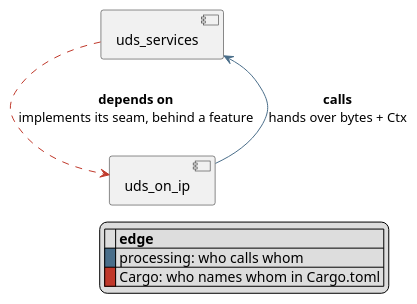
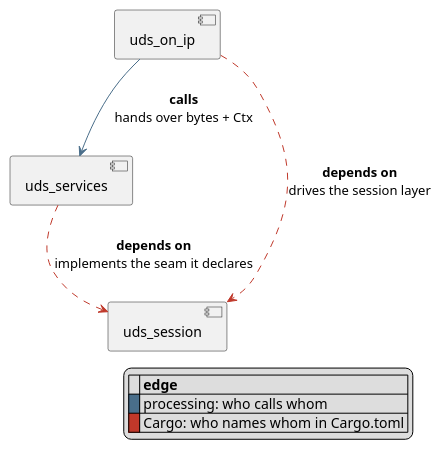
The third of 3 diagrams in crates/uds_services/docs/architecture/stack-position.rst (luminartech/uds_stack), drawn with PlantUML before and after one commit. The commit also changed other lines of this file and 2 other files, not shown here.

First line of the commit message:
docs: move the seams to uds_session and drop the binding dependency

```diff
--- a/crates/uds_services/docs/architecture/stack-position.rst
+++ b/crates/uds_services/docs/architecture/stack-position.rst
@@ -352,17 +363,19 @@
 .. uml::
    :align: center
    :caption: At the handler seam, the caller and the dependent are not the same crate.
 
    @startuml
    [uds_services] as SVC
+   [uds_session] as SESS
    [uds_on_ip] as OIP
 
    OIP -[#4A6E8A]-> SVC : <b>calls</b>\nhands over bytes + Ctx
-   SVC -[#C0392B,dashed]-> OIP : <b>depends on</b>\nimplements its seam, behind a feature
+   SVC -[#C0392B,dashed]-> SESS : <b>depends on</b>\nimplements the seam it declares
+   OIP -[#C0392B,dashed]-> SESS : <b>depends on</b>\ndrives the session layer
 
    legend right
      |= |= edge |
      |<back:#4A6E8A>   </back>| processing: who calls whom |
      |<back:#C0392B>   </back>| Cargo: who names whom in Cargo.toml |
    endlegend
    @enduml
```
